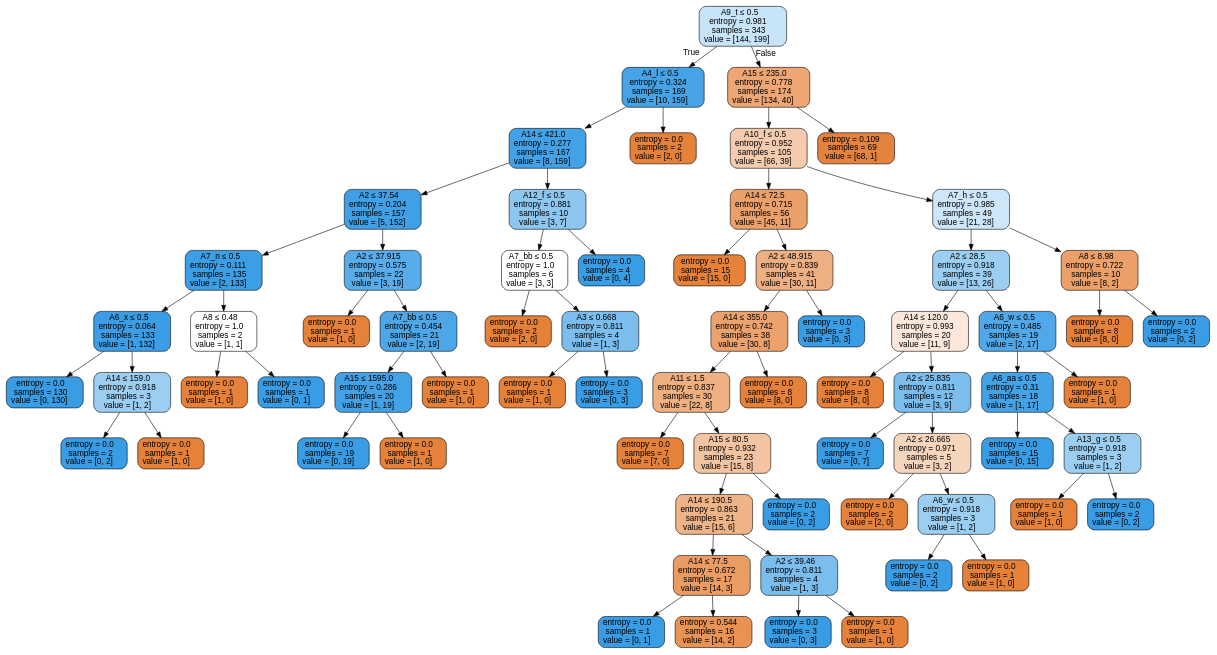
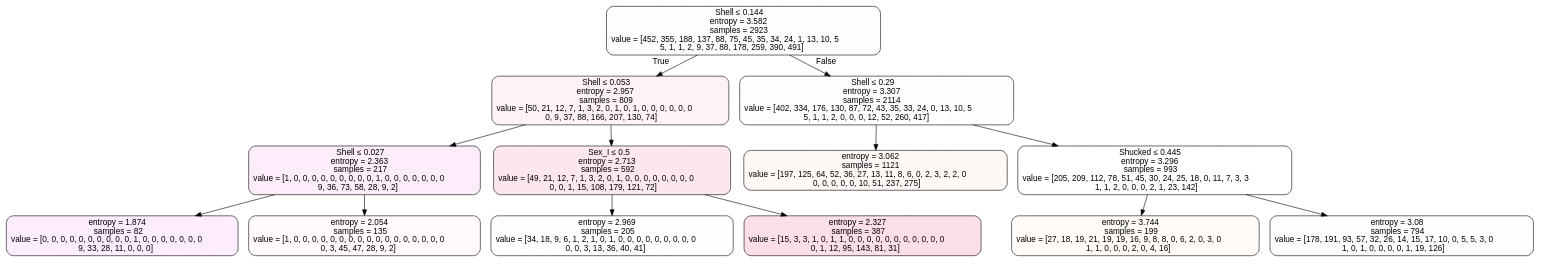
One commit to appleyuchi/Decision_Tree_Prune changed the diagram in sklearn_cart-classification_CCP-finish/sklearnCART2json_CCP/visualization/T1.dot. Above: the diagram before and after it, drawn with Graphviz. The commit also changed 33 other files, not shown here.

```diff
--- a/sklearn_cart-classification_CCP-finish/sklearnCART2json_CCP/visualization/T1.dot
+++ b/sklearn_cart-classification_CCP-finish/sklearnCART2json_CCP/visualization/T1.dot
@@ -1,141 +1,29 @@
 digraph Tree {
 node [shape=box, style="filled, rounded", color="black", fontname=helvetica] ;
 edge [fontname=helvetica] ;
-0 [label=<A9_t &le; 0.5<br/>entropy = 0.981<br/>samples = 343<br/>value = [144, 199]>, fillcolor="#399de546"] ;
-1 [label=<A4_l &le; 0.5<br/>entropy = 0.324<br/>samples = 169<br/>value = [10, 159]>, fillcolor="#399de5ef"] ;
+0 [label=<Shell &le; 0.144<br/>entropy = 3.582<br/>samples = 2923<br/>value = [452, 355, 188, 137, 88, 75, 45, 35, 34, 24, 1, 13, 10, 5<br/>5, 1, 1, 2, 9, 37, 88, 178, 259, 390, 491]>, fillcolor="#e5563904"] ;
+1 [label=<Shell &le; 0.053<br/>entropy = 2.957<br/>samples = 809<br/>value = [50, 21, 12, 7, 1, 3, 2, 0, 1, 0, 1, 0, 0, 0, 0, 0, 0<br/>0, 9, 37, 88, 166, 207, 130, 74]>, fillcolor="#e5396f10"] ;
 0 -> 1 [labeldistance=2.5, labelangle=45, headlabel="True"] ;
-2 [label=<A14 &le; 421.0<br/>entropy = 0.277<br/>samples = 167<br/>value = [8, 159]>, fillcolor="#399de5f2"] ;
+2 [label=<Shell &le; 0.027<br/>entropy = 2.363<br/>samples = 217<br/>value = [1, 0, 0, 0, 0, 0, 0, 0, 0, 0, 1, 0, 0, 0, 0, 0, 0, 0<br/>9, 36, 73, 58, 28, 9, 2]>, fillcolor="#e539c018"] ;
 1 -> 2 ;
-3 [label=<A2 &le; 37.54<br/>entropy = 0.204<br/>samples = 157<br/>value = [5, 152]>, fillcolor="#399de5f7"] ;
+3 [label=<entropy = 1.874<br/>samples = 82<br/>value = [0, 0, 0, 0, 0, 0, 0, 0, 0, 0, 1, 0, 0, 0, 0, 0, 0, 0<br/>9, 33, 28, 11, 0, 0, 0]>, fillcolor="#df39e518"] ;
 2 -> 3 ;
-4 [label=<A7_n &le; 0.5<br/>entropy = 0.111<br/>samples = 135<br/>value = [2, 133]>, fillcolor="#399de5fb"] ;
-3 -> 4 ;
-5 [label=<A6_x &le; 0.5<br/>entropy = 0.064<br/>samples = 133<br/>value = [1, 132]>, fillcolor="#399de5fd"] ;
-4 -> 5 ;
-6 [label=<entropy = 0.0<br/>samples = 130<br/>value = [0, 130]>, fillcolor="#399de5ff"] ;
+4 [label=<entropy = 2.054<br/>samples = 135<br/>value = [1, 0, 0, 0, 0, 0, 0, 0, 0, 0, 0, 0, 0, 0, 0, 0, 0, 0<br/>0, 3, 45, 47, 28, 9, 2]>, fillcolor="#e5399806"] ;
+2 -> 4 ;
+5 [label=<Sex_I &le; 0.5<br/>entropy = 2.713<br/>samples = 592<br/>value = [49, 21, 12, 7, 1, 3, 2, 0, 1, 0, 0, 0, 0, 0, 0, 0, 0<br/>0, 0, 1, 15, 108, 179, 121, 72]>, fillcolor="#e5396f1f"] ;
+1 -> 5 ;
+6 [label=<entropy = 2.969<br/>samples = 205<br/>value = [34, 18, 9, 6, 1, 2, 1, 0, 1, 0, 0, 0, 0, 0, 0, 0, 0, 0<br/>0, 0, 3, 13, 36, 40, 41]>, fillcolor="#e5563902"] ;
 5 -> 6 ;
-7 [label=<A14 &le; 159.0<br/>entropy = 0.918<br/>samples = 3<br/>value = [1, 2]>, fillcolor="#399de57f"] ;
+7 [label=<entropy = 2.327<br/>samples = 387<br/>value = [15, 3, 3, 1, 0, 1, 1, 0, 0, 0, 0, 0, 0, 0, 0, 0, 0, 0<br/>0, 1, 12, 95, 143, 81, 31]>, fillcolor="#e5396f2a"] ;
 5 -> 7 ;
-8 [label=<entropy = 0.0<br/>samples = 2<br/>value = [0, 2]>, fillcolor="#399de5ff"] ;
-7 -> 8 ;
-9 [label=<entropy = 0.0<br/>samples = 1<br/>value = [1, 0]>, fillcolor="#e58139ff"] ;
-7 -> 9 ;
-10 [label=<A8 &le; 0.48<br/>entropy = 1.0<br/>samples = 2<br/>value = [1, 1]>, fillcolor="#e5813900"] ;
-4 -> 10 ;
-11 [label=<entropy = 0.0<br/>samples = 1<br/>value = [1, 0]>, fillcolor="#e58139ff"] ;
-10 -> 11 ;
-12 [label=<entropy = 0.0<br/>samples = 1<br/>value = [0, 1]>, fillcolor="#399de5ff"] ;
-10 -> 12 ;
-13 [label=<A2 &le; 37.915<br/>entropy = 0.575<br/>samples = 22<br/>value = [3, 19]>, fillcolor="#399de5d7"] ;
-3 -> 13 ;
-14 [label=<entropy = 0.0<br/>samples = 1<br/>value = [1, 0]>, fillcolor="#e58139ff"] ;
-13 -> 14 ;
-15 [label=<A7_bb &le; 0.5<br/>entropy = 0.454<br/>samples = 21<br/>value = [2, 19]>, fillcolor="#399de5e4"] ;
-13 -> 15 ;
-16 [label=<A15 &le; 1595.0<br/>entropy = 0.286<br/>samples = 20<br/>value = [1, 19]>, fillcolor="#399de5f2"] ;
-15 -> 16 ;
-17 [label=<entropy = 0.0<br/>samples = 19<br/>value = [0, 19]>, fillcolor="#399de5ff"] ;
-16 -> 17 ;
-18 [label=<entropy = 0.0<br/>samples = 1<br/>value = [1, 0]>, fillcolor="#e58139ff"] ;
-16 -> 18 ;
-19 [label=<entropy = 0.0<br/>samples = 1<br/>value = [1, 0]>, fillcolor="#e58139ff"] ;
-15 -> 19 ;
-20 [label=<A12_f &le; 0.5<br/>entropy = 0.881<br/>samples = 10<br/>value = [3, 7]>, fillcolor="#399de592"] ;
-2 -> 20 ;
-21 [label=<A7_bb &le; 0.5<br/>entropy = 1.0<br/>samples = 6<br/>value = [3, 3]>, fillcolor="#e5813900"] ;
-20 -> 21 ;
-22 [label=<entropy = 0.0<br/>samples = 2<br/>value = [2, 0]>, fillcolor="#e58139ff"] ;
-21 -> 22 ;
-23 [label=<A3 &le; 0.668<br/>entropy = 0.811<br/>samples = 4<br/>value = [1, 3]>, fillcolor="#399de5aa"] ;
-21 -> 23 ;
-24 [label=<entropy = 0.0<br/>samples = 1<br/>value = [1, 0]>, fillcolor="#e58139ff"] ;
-23 -> 24 ;
-25 [label=<entropy = 0.0<br/>samples = 3<br/>value = [0, 3]>, fillcolor="#399de5ff"] ;
-23 -> 25 ;
-26 [label=<entropy = 0.0<br/>samples = 4<br/>value = [0, 4]>, fillcolor="#399de5ff"] ;
-20 -> 26 ;
-27 [label=<entropy = 0.0<br/>samples = 2<br/>value = [2, 0]>, fillcolor="#e58139ff"] ;
-1 -> 27 ;
-28 [label=<A15 &le; 235.0<br/>entropy = 0.778<br/>samples = 174<br/>value = [134, 40]>, fillcolor="#e58139b3"] ;
-0 -> 28 [labeldistance=2.5, labelangle=-45, headlabel="False"] ;
-29 [label=<A10_f &le; 0.5<br/>entropy = 0.952<br/>samples = 105<br/>value = [66, 39]>, fillcolor="#e5813968"] ;
-28 -> 29 ;
-30 [label=<A14 &le; 72.5<br/>entropy = 0.715<br/>samples = 56<br/>value = [45, 11]>, fillcolor="#e58139c1"] ;
-29 -> 30 ;
-31 [label=<entropy = 0.0<br/>samples = 15<br/>value = [15, 0]>, fillcolor="#e58139ff"] ;
-30 -> 31 ;
-32 [label=<A2 &le; 48.915<br/>entropy = 0.839<br/>samples = 41<br/>value = [30, 11]>, fillcolor="#e58139a1"] ;
-30 -> 32 ;
-33 [label=<A14 &le; 355.0<br/>entropy = 0.742<br/>samples = 38<br/>value = [30, 8]>, fillcolor="#e58139bb"] ;
-32 -> 33 ;
-34 [label=<A11 &le; 1.5<br/>entropy = 0.837<br/>samples = 30<br/>value = [22, 8]>, fillcolor="#e58139a2"] ;
-33 -> 34 ;
-35 [label=<entropy = 0.0<br/>samples = 7<br/>value = [7, 0]>, fillcolor="#e58139ff"] ;
-34 -> 35 ;
-36 [label=<A15 &le; 80.5<br/>entropy = 0.932<br/>samples = 23<br/>value = [15, 8]>, fillcolor="#e5813977"] ;
-34 -> 36 ;
-37 [label=<A14 &le; 190.5<br/>entropy = 0.863<br/>samples = 21<br/>value = [15, 6]>, fillcolor="#e5813999"] ;
-36 -> 37 ;
-38 [label=<A14 &le; 77.5<br/>entropy = 0.672<br/>samples = 17<br/>value = [14, 3]>, fillcolor="#e58139c8"] ;
-37 -> 38 ;
-39 [label=<entropy = 0.0<br/>samples = 1<br/>value = [0, 1]>, fillcolor="#399de5ff"] ;
-38 -> 39 ;
-40 [label=<entropy = 0.544<br/>samples = 16<br/>value = [14, 2]>, fillcolor="#e58139db"] ;
-38 -> 40 ;
-41 [label=<A2 &le; 39.46<br/>entropy = 0.811<br/>samples = 4<br/>value = [1, 3]>, fillcolor="#399de5aa"] ;
-37 -> 41 ;
-42 [label=<entropy = 0.0<br/>samples = 3<br/>value = [0, 3]>, fillcolor="#399de5ff"] ;
-41 -> 42 ;
-43 [label=<entropy = 0.0<br/>samples = 1<br/>value = [1, 0]>, fillcolor="#e58139ff"] ;
-41 -> 43 ;
-44 [label=<entropy = 0.0<br/>samples = 2<br/>value = [0, 2]>, fillcolor="#399de5ff"] ;
-36 -> 44 ;
-45 [label=<entropy = 0.0<br/>samples = 8<br/>value = [8, 0]>, fillcolor="#e58139ff"] ;
-33 -> 45 ;
-46 [label=<entropy = 0.0<br/>samples = 3<br/>value = [0, 3]>, fillcolor="#399de5ff"] ;
-32 -> 46 ;
-47 [label=<A7_h &le; 0.5<br/>entropy = 0.985<br/>samples = 49<br/>value = [21, 28]>, fillcolor="#399de540"] ;
-29 -> 47 ;
-48 [label=<A2 &le; 28.5<br/>entropy = 0.918<br/>samples = 39<br/>value = [13, 26]>, fillcolor="#399de57f"] ;
-47 -> 48 ;
-49 [label=<A14 &le; 120.0<br/>entropy = 0.993<br/>samples = 20<br/>value = [11, 9]>, fillcolor="#e581392e"] ;
-48 -> 49 ;
-50 [label=<entropy = 0.0<br/>samples = 8<br/>value = [8, 0]>, fillcolor="#e58139ff"] ;
-49 -> 50 ;
-51 [label=<A2 &le; 25.835<br/>entropy = 0.811<br/>samples = 12<br/>value = [3, 9]>, fillcolor="#399de5aa"] ;
-49 -> 51 ;
-52 [label=<entropy = 0.0<br/>samples = 7<br/>value = [0, 7]>, fillcolor="#399de5ff"] ;
-51 -> 52 ;
-53 [label=<A2 &le; 26.665<br/>entropy = 0.971<br/>samples = 5<br/>value = [3, 2]>, fillcolor="#e5813955"] ;
-51 -> 53 ;
-54 [label=<entropy = 0.0<br/>samples = 2<br/>value = [2, 0]>, fillcolor="#e58139ff"] ;
-53 -> 54 ;
-55 [label=<A6_w &le; 0.5<br/>entropy = 0.918<br/>samples = 3<br/>value = [1, 2]>, fillcolor="#399de57f"] ;
-53 -> 55 ;
-56 [label=<entropy = 0.0<br/>samples = 2<br/>value = [0, 2]>, fillcolor="#399de5ff"] ;
-55 -> 56 ;
-57 [label=<entropy = 0.0<br/>samples = 1<br/>value = [1, 0]>, fillcolor="#e58139ff"] ;
-55 -> 57 ;
-58 [label=<A6_w &le; 0.5<br/>entropy = 0.485<br/>samples = 19<br/>value = [2, 17]>, fillcolor="#399de5e1"] ;
-48 -> 58 ;
-59 [label=<A6_aa &le; 0.5<br/>entropy = 0.31<br/>samples = 18<br/>value = [1, 17]>, fillcolor="#399de5f0"] ;
-58 -> 59 ;
-60 [label=<entropy = 0.0<br/>samples = 15<br/>value = [0, 15]>, fillcolor="#399de5ff"] ;
-59 -> 60 ;
-61 [label=<A13_g &le; 0.5<br/>entropy = 0.918<br/>samples = 3<br/>value = [1, 2]>, fillcolor="#399de57f"] ;
-59 -> 61 ;
-62 [label=<entropy = 0.0<br/>samples = 1<br/>value = [1, 0]>, fillcolor="#e58139ff"] ;
-61 -> 62 ;
-63 [label=<entropy = 0.0<br/>samples = 2<br/>value = [0, 2]>, fillcolor="#399de5ff"] ;
-61 -> 63 ;
-64 [label=<entropy = 0.0<br/>samples = 1<br/>value = [1, 0]>, fillcolor="#e58139ff"] ;
-58 -> 64 ;
-65 [label=<A8 &le; 8.98<br/>entropy = 0.722<br/>samples = 10<br/>value = [8, 2]>, fillcolor="#e58139bf"] ;
-47 -> 65 ;
-66 [label=<entropy = 0.0<br/>samples = 8<br/>value = [8, 0]>, fillcolor="#e58139ff"] ;
-65 -> 66 ;
-67 [label=<entropy = 0.0<br/>samples = 2<br/>value = [0, 2]>, fillcolor="#399de5ff"] ;
-65 -> 67 ;
-68 [label=<entropy = 0.109<br/>samples = 69<br/>value = [68, 1]>, fillcolor="#e58139fb"] ;
-28 -> 68 ;
+8 [label=<Shell &le; 0.29<br/>entropy = 3.307<br/>samples = 2114<br/>value = [402, 334, 176, 130, 87, 72, 43, 35, 33, 24, 0, 13, 10, 5<br/>5, 1, 1, 2, 0, 0, 0, 12, 52, 260, 417]>, fillcolor="#e5563902"] ;
+0 -> 8 [labeldistance=2.5, labelangle=-45, headlabel="False"] ;
+9 [label=<entropy = 3.062<br/>samples = 1121<br/>value = [197, 125, 64, 52, 36, 27, 13, 11, 8, 6, 0, 2, 3, 2, 2, 0<br/>0, 0, 0, 0, 0, 10, 51, 237, 275]>, fillcolor="#e556390b"] ;
+8 -> 9 ;
+12 [label=<Shucked &le; 0.445<br/>entropy = 3.296<br/>samples = 993<br/>value = [205, 209, 112, 78, 51, 45, 30, 24, 25, 18, 0, 11, 7, 3, 3<br/>1, 1, 2, 0, 0, 0, 2, 1, 23, 142]>, fillcolor="#e5a93901"] ;
+8 -> 12 ;
+13 [label=<entropy = 3.744<br/>samples = 199<br/>value = [27, 18, 19, 21, 19, 19, 16, 9, 8, 8, 0, 6, 2, 0, 3, 0<br/>1, 1, 0, 0, 0, 2, 0, 4, 16]>, fillcolor="#e5813909"] ;
+12 -> 13 ;
+14 [label=<entropy = 3.08<br/>samples = 794<br/>value = [178, 191, 93, 57, 32, 26, 14, 15, 17, 10, 0, 5, 5, 3, 0<br/>1, 0, 1, 0, 0, 0, 0, 1, 19, 126]>, fillcolor="#e5a93905"] ;
+12 -> 14 ;
 }
```
